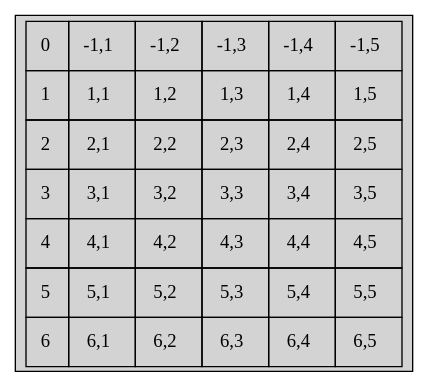
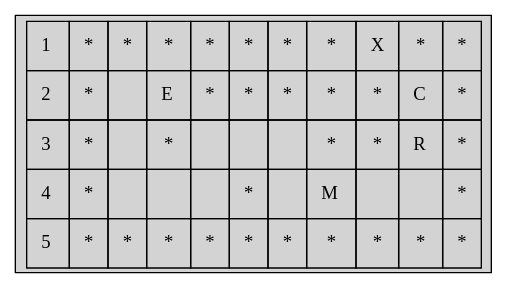
Before and after one commit to Eddy2109/LAB-IPC2-2S2026: the diagram in Semana4/IntroProyecto1/Matriz.dot, drawn with Graphviz. The commit also changed 3 other files, not shown here.

```diff
--- a/Semana4/IntroProyecto1/Matriz.dot
+++ b/Semana4/IntroProyecto1/Matriz.dot
@@ -1,64 +1,73 @@
 digraph MatrizOrtogonal {
   rankdir=LR;
   node [shape=box, style=filled, fillcolor=lightgray];
   MiMatriz [label=<
   <TABLE BORDER="0" CELLBORDER="1" CELLSPACING="0" cellpadding="10">
     <tr>
-        <td>0</td>
-        <td>-1,1</td>
-        <td>-1,2</td>
-        <td>-1,3</td>
-        <td>-1,4</td>
-        <td>-1,5</td>
-    </tr>
-    <tr>
         <td>1</td>
-        <td>1,1</td>
-        <td>1,2</td>
-        <td>1,3</td>
-        <td>1,4</td>
-        <td>1,5</td>
+        <td>*</td>
+        <td>*</td>
+        <td>*</td>
+        <td>*</td>
+        <td>*</td>
+        <td>*</td>
+        <td>*</td>
+        <td>X</td>
+        <td>*</td>
+        <td>*</td>
     </tr>
     <tr>
         <td>2</td>
-        <td>2,1</td>
-        <td>2,2</td>
-        <td>2,3</td>
-        <td>2,4</td>
-        <td>2,5</td>
+        <td>*</td>
+        <td> </td>
+        <td>E</td>
+        <td>*</td>
+        <td>*</td>
+        <td>*</td>
+        <td>*</td>
+        <td>*</td>
+        <td>C</td>
+        <td>*</td>
     </tr>
     <tr>
         <td>3</td>
-        <td>3,1</td>
-        <td>3,2</td>
-        <td>3,3</td>
-        <td>3,4</td>
-        <td>3,5</td>
+        <td>*</td>
+        <td> </td>
+        <td>*</td>
+        <td> </td>
+        <td> </td>
+        <td> </td>
+        <td>*</td>
+        <td>*</td>
+        <td>R</td>
+        <td>*</td>
     </tr>
     <tr>
         <td>4</td>
-        <td>4,1</td>
-        <td>4,2</td>
-        <td>4,3</td>
-        <td>4,4</td>
-        <td>4,5</td>
+        <td>*</td>
+        <td> </td>
+        <td> </td>
+        <td> </td>
+        <td>*</td>
+        <td> </td>
+        <td>M</td>
+        <td> </td>
+        <td> </td>
+        <td>*</td>
     </tr>
     <tr>
         <td>5</td>
-        <td>5,1</td>
-        <td>5,2</td>
-        <td>5,3</td>
-        <td>5,4</td>
-        <td>5,5</td>
-    </tr>
-    <tr>
-        <td>6</td>
-        <td>6,1</td>
-        <td>6,2</td>
-        <td>6,3</td>
-        <td>6,4</td>
-        <td>6,5</td>
+        <td>*</td>
+        <td>*</td>
+        <td>*</td>
+        <td>*</td>
+        <td>*</td>
+        <td>*</td>
+        <td>*</td>
+        <td>*</td>
+        <td>*</td>
+        <td>*</td>
     </tr>
   </TABLE>
       >];
 }
```
